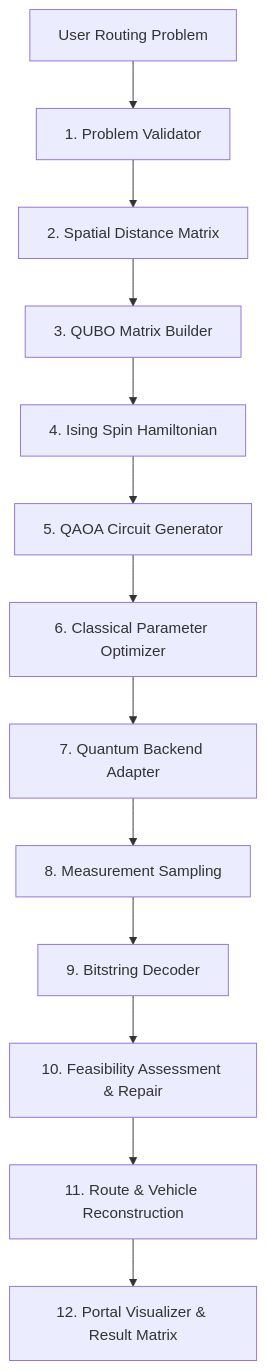
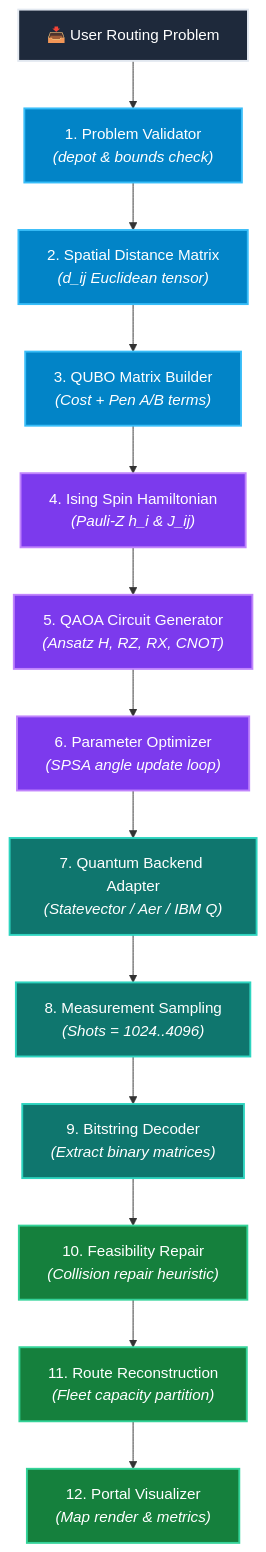
The first of 2 diagrams in docs/qaoa/qaoa-pipeline.md (VarunAditya-Git/Q-Route), drawn with Mermaid before and after one commit. The commit also changed other lines of this file and 7 other files, not shown here.

Commit message:
feat(docs): enhance architecture diagrams with color-coded flowcharts and interactive zoom controls

````diff
--- a/docs/qaoa/qaoa-pipeline.md
+++ b/docs/qaoa/qaoa-pipeline.md
@@ -9,15 +150,21 @@
 ```mermaid
 graph TD
-    A[User Routing Problem] --> B[1. Problem Validator]
-    B --> C[2. Spatial Distance Matrix]
-    C --> D[3. QUBO Matrix Builder]
-    D --> E[4. Ising Spin Hamiltonian]
-    E --> F[5. QAOA Circuit Generator]
-    F --> G[6. Classical Parameter Optimizer]
-    G --> H[7. Quantum Backend Adapter]
-    H --> I[8. Measurement Sampling]
-    I --> J[9. Bitstring Decoder]
-    J --> K[10. Feasibility Assessment & Repair]
-    K --> L[11. Route & Vehicle Reconstruction]
-    L --> M[12. Portal Visualizer & Result Matrix]
+    classDef p1 fill:#0284c7,stroke:#38bdf8,stroke-width:2px,color:#ffffff;
+    classDef p2 fill:#7c3aed,stroke:#c084fc,stroke-width:2px,color:#ffffff;
+    classDef p3 fill:#0f766e,stroke:#2dd4bf,stroke-width:2px,color:#ffffff;
+    classDef p4 fill:#15803d,stroke:#34d399,stroke-width:2px,color:#ffffff;
+    classDef start fill:#1e293b,stroke:#e2e8f0,stroke-width:2px,color:#ffffff;
+
+    A["📥 User Routing Problem"]:::start --> B["1. Problem Validator<br/><i>(depot & bounds check)</i>"]:::p1
+    B --> C["2. Spatial Distance Matrix<br/><i>(d_ij Euclidean tensor)</i>"]:::p1
+    C --> D["3. QUBO Matrix Builder<br/><i>(Cost + Pen A/B terms)</i>"]:::p1
+    D --> E["4. Ising Spin Hamiltonian<br/><i>(Pauli-Z h_i & J_ij)</i>"]:::p2
+    E --> F["5. QAOA Circuit Generator<br/><i>(Ansatz H, RZ, RX, CNOT)</i>"]:::p2
+    F --> G["6. Parameter Optimizer<br/><i>(SPSA angle update loop)</i>"]:::p2
+    G --> H["7. Quantum Backend Adapter<br/><i>(Statevector / Aer / IBM Q)</i>"]:::p3
+    H --> I["8. Measurement Sampling<br/><i>(Shots = 1024..4096)</i>"]:::p3
+    I --> J["9. Bitstring Decoder<br/><i>(Extract binary matrices)</i>"]:::p3
+    J --> K["10. Feasibility Repair<br/><i>(Collision repair heuristic)</i>"]:::p4
+    K --> L["11. Route Reconstruction<br/><i>(Fleet capacity partition)</i>"]:::p4
+    L --> M["12. Portal Visualizer<br/><i>(Map render & metrics)</i>"]:::p4
 ```
````
